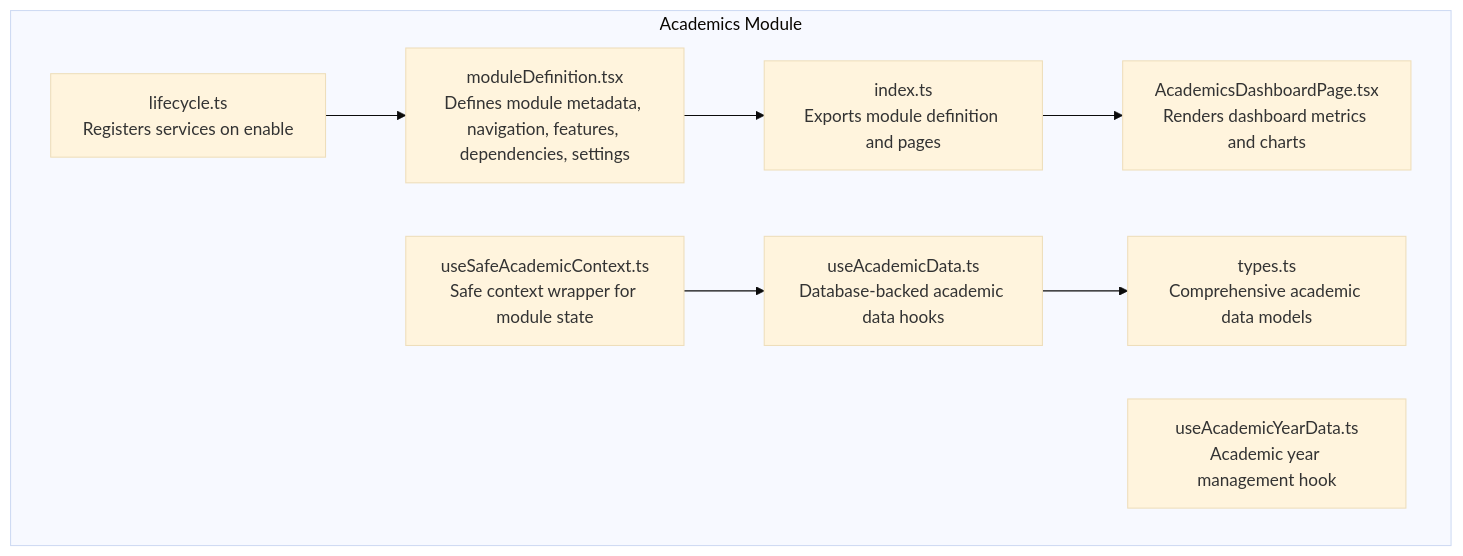
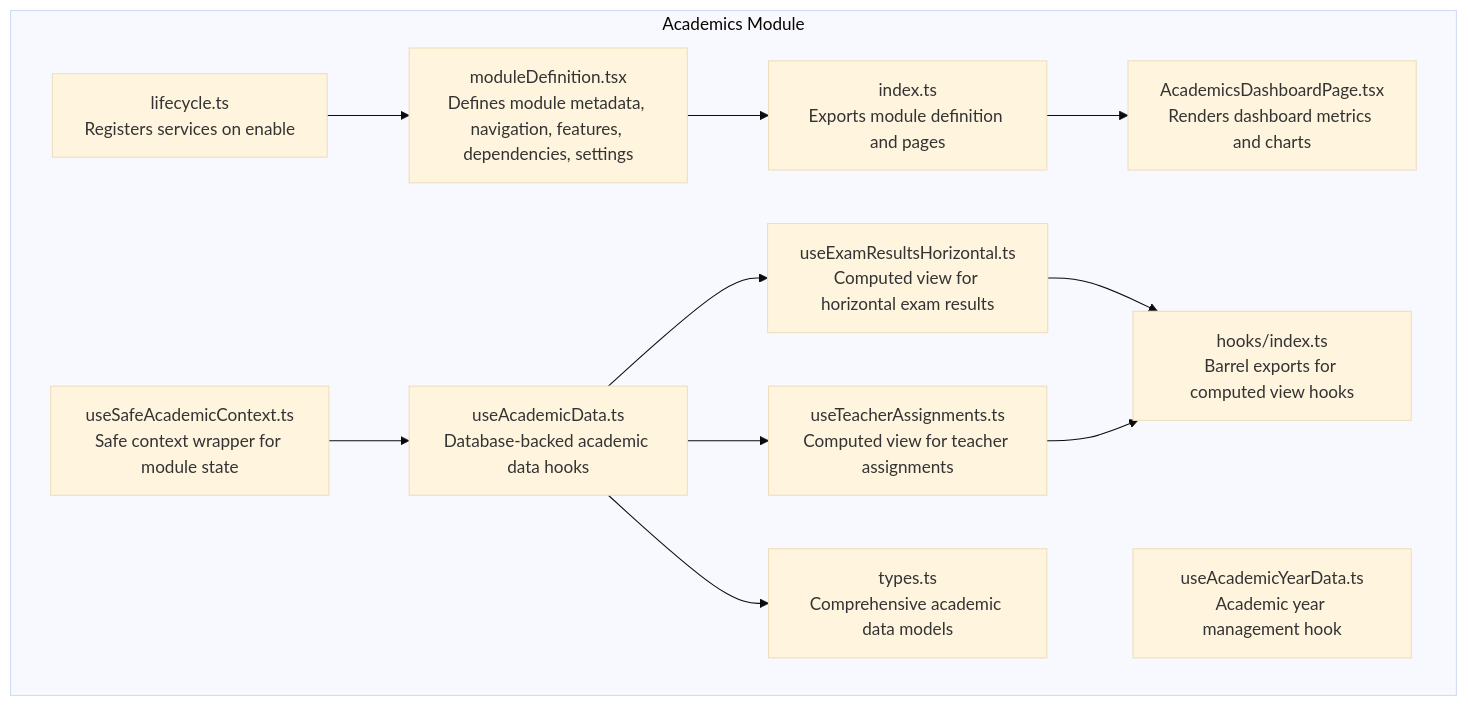
Before and after one commit to geniusdynamics/schoolpilot: the first of 8 diagrams in .qoder/repowiki/en/content/Modules System/Academics Module.md, drawn with Mermaid (base theme). The commit also changed other lines of this file and 21 other files, not shown here.

````diff
--- a/.qoder/repowiki/en/content/Modules System/Academics Module.md
+++ b/.qoder/repowiki/en/content/Modules System/Academics Module.md
@@ -48,18 +53,25 @@
 ```mermaid
 graph TB
 subgraph "Academics Module"
 MD["moduleDefinition.tsx<br/>Defines module metadata, navigation, features, dependencies, settings"]
 IDX["index.ts<br/>Exports module definition and pages"]
 LC["lifecycle.ts<br/>Registers services on enable"]
 DP["AcademicsDashboardPage.tsx<br/>Renders dashboard metrics and charts"]
 DATA["useAcademicData.ts<br/>Database-backed academic data hooks"]
+CVH["useExamResultsHorizontal.ts<br/>Computed view for horizontal exam results"]
+CTA["useTeacherAssignments.ts<br/>Computed view for teacher assignments"]
+HOOKS["hooks/index.ts<br/>Barrel exports for computed view hooks"]
 TYPES["types.ts<br/>Comprehensive academic data models"]
 SAFE["useSafeAcademicContext.ts<br/>Safe context wrapper for module state"]
 AY["useAcademicYearData.ts<br/>Academic year management hook"]
 end
 MD --> IDX
 IDX --> DP
 LC --> MD
+DATA --> CVH
+DATA --> CTA
 DATA --> TYPES
 SAFE --> DATA
+CVH --> HOOKS
+CTA --> HOOKS
 ```
````
